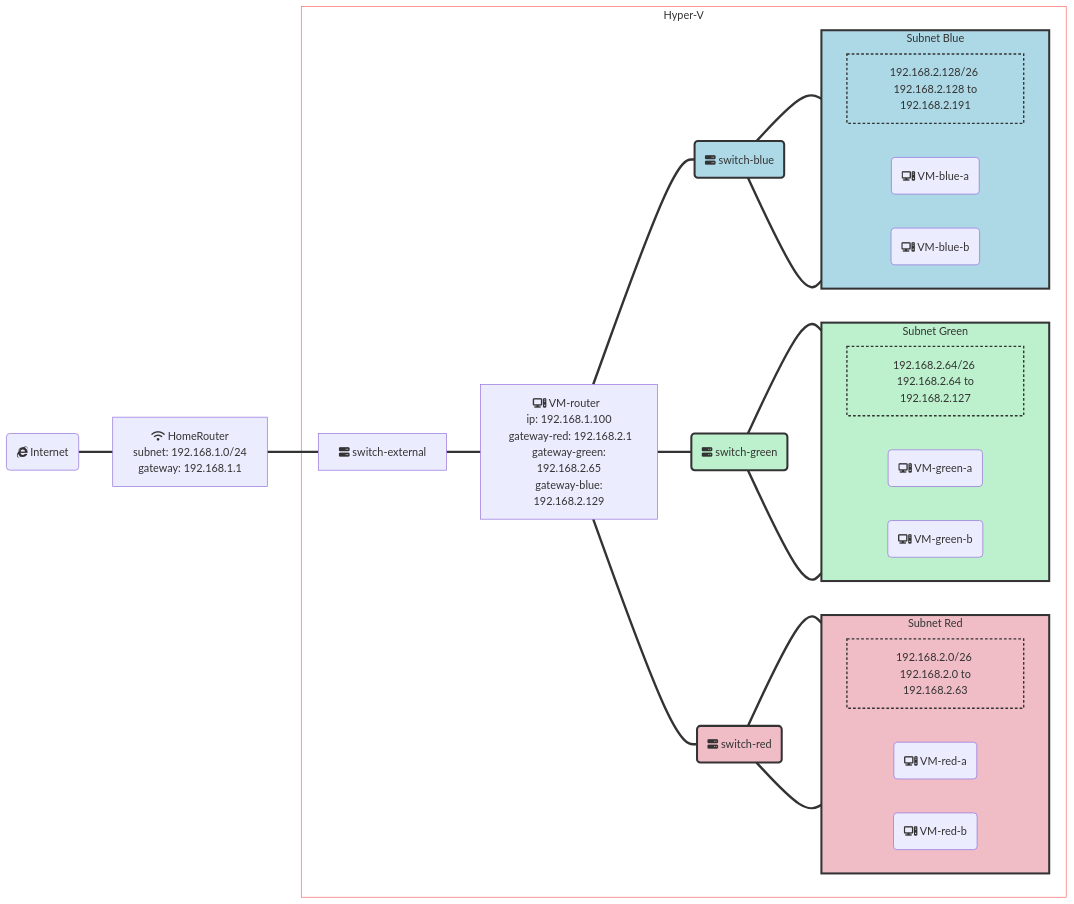
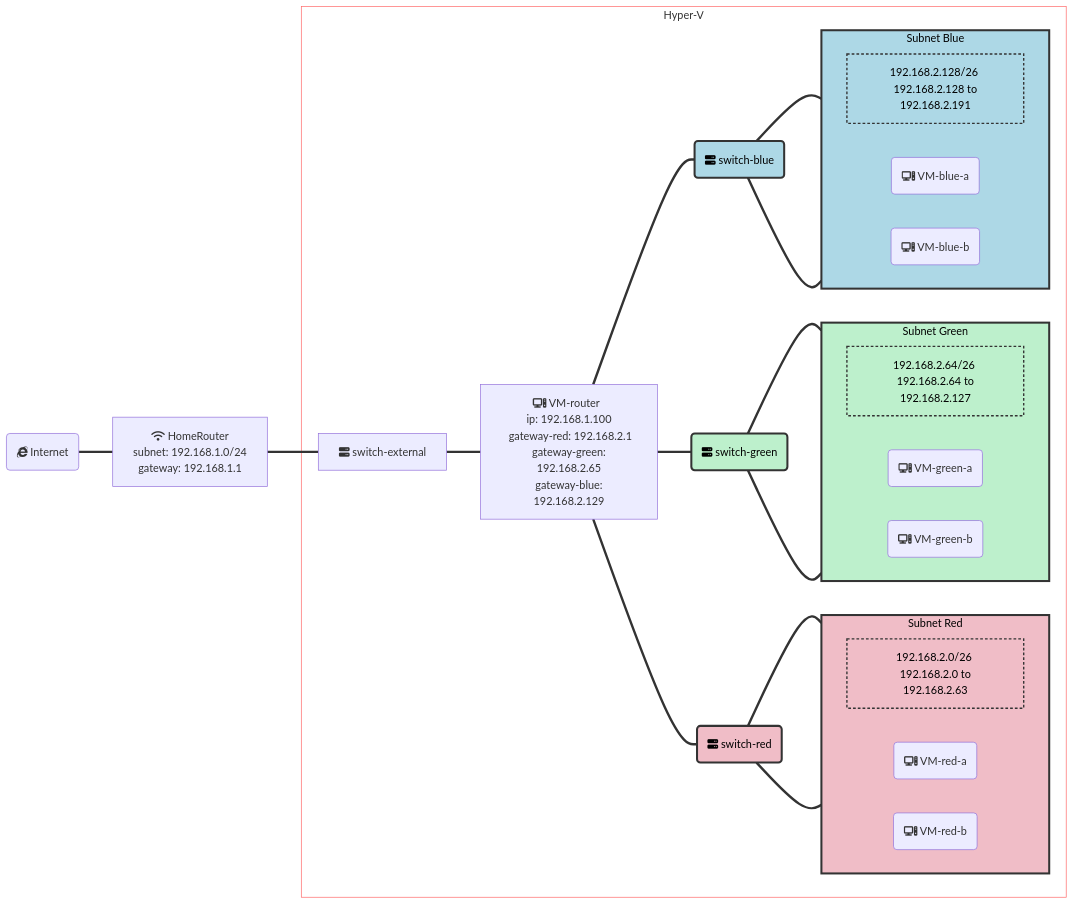
Before and after one commit to AleksandrGontcharov/ag-tech-mentorship: the diagram in docs/intro.md, drawn with Mermaid. The commit also changed other lines of this file, not shown here.

Commit message:
fix mermaid diagram font color

````diff
--- a/docs/intro.md
+++ b/docs/intro.md
@@ -9,58 +11,58 @@
 ```mermaid
 graph LR
     Internet(fab:fa-internet-explorer Internet) === HomeRouter[fa:fa-wifi HomeRouter </br> subnet: 192.168.1.0/24 </br> gateway: 192.168.1.1]
     HomeRouter === externalSwitch[fa:fa-server switch-external]
     hyper-V:::whiteClass
     classDef whiteClass fill:#0000,stroke:#f66,stroke-width:1px
     subgraph hyper-V["Hyper-V"]
         externalSwitch === VMrouter[fa:fa-computer VM-router  </br> ip: 192.168.1.100 </br> gateway-red: 192.168.2.1</br> gateway-green: 192.168.2.65</br> gateway-blue: 192.168.2.129 ]
-        VMrouter === Switch-green:::greenClass 
+        VMrouter === Switch-green:::greenClass
         VMrouter === Switch-red:::redClass
         VMrouter === Switch-blue:::blueClass
-        classDef greenClass fill:#bdf0cc,stroke:#333,stroke-width:3px
-        classDef greenClassDashed fill:#bdf0cc,stroke:#333,stroke-width:2px, stroke-dasharray: 4 3
-        classDef redClass  fill:#f0bdc7,stroke:#333,stroke-width:3px
-        classDef redClassDashed  fill:#f0bdc7,stroke:#333,stroke-width:2px, stroke-dasharray: 4 3
-        classDef blueClass  fill:lightblue,stroke:#333,stroke-width:3px
-        classDef blueClassDashed  fill:lightblue,stroke:#333,stroke-width:2px, stroke-dasharray: 4 3
+        classDef greenClass fill:#bdf0cc,stroke:#333,stroke-width:3px, color: black;
+        classDef greenClassDashed fill:#bdf0cc,stroke:#333,stroke-width:2px, stroke-dasharray: 4 3, color: black;
+        classDef redClass  fill:#f0bdc7,stroke:#333,stroke-width:3px, color: black;
+        classDef redClassDashed  fill:#f0bdc7,stroke:#333,stroke-width:2px, stroke-dasharray: 4 3, color: black;
+        classDef blueClass  fill:lightblue,stroke:#333,stroke-width:3px, color: black;
+        classDef blueClassDashed  fill:lightblue,stroke:#333,stroke-width:2px, stroke-dasharray: 4 3, color: black;
 
-        
+
         subnet-red:::redClass
         ipaddressrange-red:::redClassDashed
         subnet-green:::greenClass
         ipaddressrange-green:::greenClassDashed
         subnet-blue:::blueClass
         ipaddressrange-blue:::blueClassDashed
         Switch-red(fa:fa-server switch-red)
         Switch-red === VM-red-a
         Switch-red === VM-red-b
 
         subgraph subnet-red["Subnet Red"]
             direction LR
             VM-red-a(fa:fa-computer VM-red-a)
             ipaddressrange-red[192.168.2.0/26 </br > 192.168.2.0 to 192.168.2.63]
             VM-red-b(fa:fa-computer VM-red-b)
         end
 
         Switch-green(fa:fa-server switch-green)
         Switch-green === VM-green-a
         Switch-green === VM-green-b
 
         subgraph subnet-green["Subnet Green"]
             direction LR
             VM-green-a(fa:fa-computer VM-green-a)
             ipaddressrange-green[192.168.2.64/26 </br > 192.168.2.64 to 192.168.2.127]
             VM-green-b(fa:fa-computer VM-green-b)
         end
 
         Switch-blue(fa:fa-server switch-blue)
         Switch-blue === VM-blue-a
         Switch-blue === VM-blue-b
         subgraph subnet-blue["Subnet Blue"]
             direction LR
             VM-blue-a(fa:fa-computer VM-blue-a)
             ipaddressrange-blue[192.168.2.128/26 </br > 192.168.2.128 to 192.168.2.191]
             VM-blue-b(fa:fa-computer VM-blue-b)
         end
     end
 ```
````
